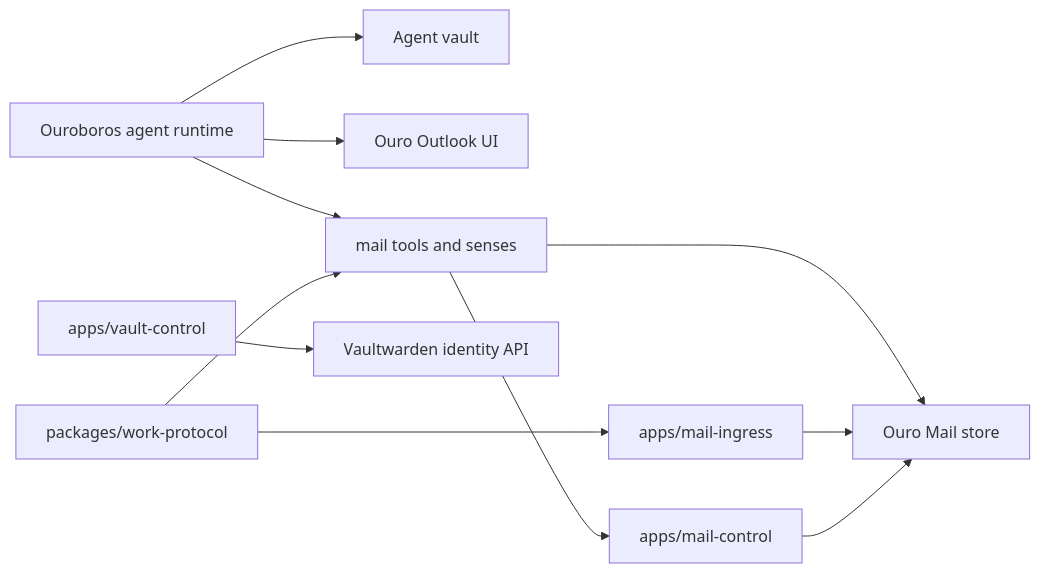
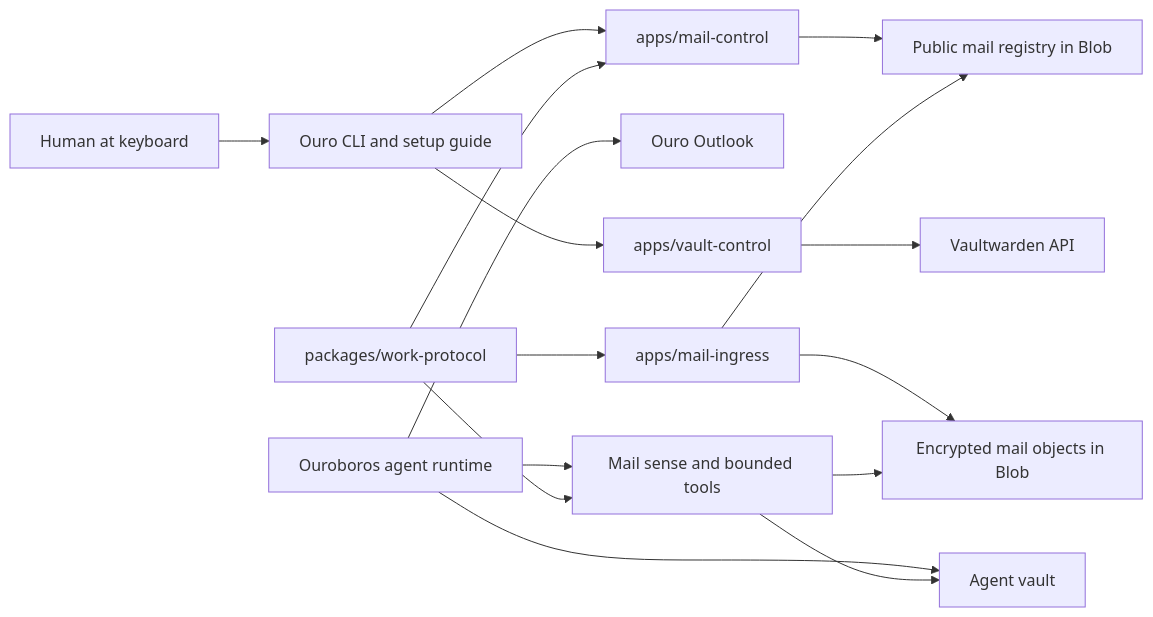
One commit to ouroborosbot/ouro-work-substrate changed the diagram in docs/architecture.md. Above: the diagram before and after it, drawn with Mermaid. The commit also changed other lines of this file and 10 other files, not shown here.

````diff
--- a/docs/architecture.md
+++ b/docs/architecture.md
@@ -16,13 +13,18 @@
 ```mermaid
 flowchart LR
-  Agent["Ouroboros agent runtime"] --> Vault["Agent vault"]
-  Agent --> Outlook["Ouro Outlook UI"]
-  Agent --> Tools["mail tools and senses"]
-  Tools --> MailStore["Ouro Mail store"]
-  Ingress["apps/mail-ingress"] --> MailStore
-  Control["apps/vault-control"] --> Vaultwarden["Vaultwarden identity API"]
-  MailControl["apps/mail-control"] --> MailStore
-  Tools --> MailControl
-  Protocol["packages/work-protocol"] --> Ingress
-  Protocol --> Tools
+  Human["Human at keyboard"] --> CLI["Ouro CLI and setup guide"]
+  Agent["Ouroboros agent runtime"] --> Sense["Mail sense and bounded tools"]
+  Agent --> Vault["Agent vault"]
+  Agent --> Outlook["Ouro Outlook"]
+  CLI --> MailControl["apps/mail-control"]
+  CLI --> VaultControl["apps/vault-control"]
+  MailControl --> Registry["Public mail registry in Blob"]
+  Ingress["apps/mail-ingress"] --> Registry
+  Ingress --> Store["Encrypted mail objects in Blob"]
+  VaultControl --> Vaultwarden["Vaultwarden API"]
+  Sense --> Store
+  Sense --> Vault
+  Protocol["packages/work-protocol"] --> MailControl
+  Protocol --> Ingress
+  Protocol --> Sense
 ```
````
